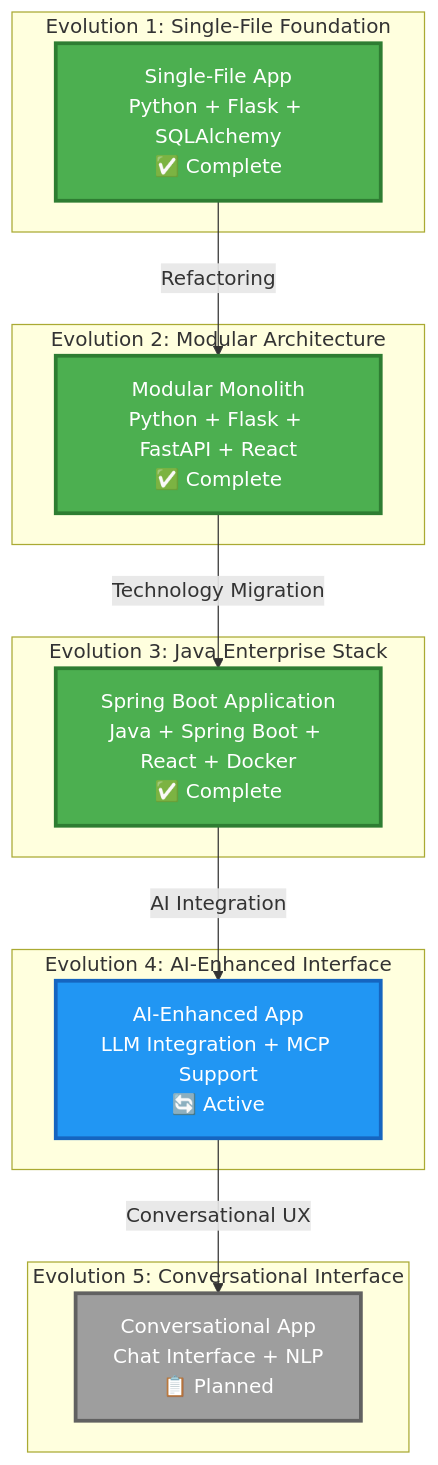
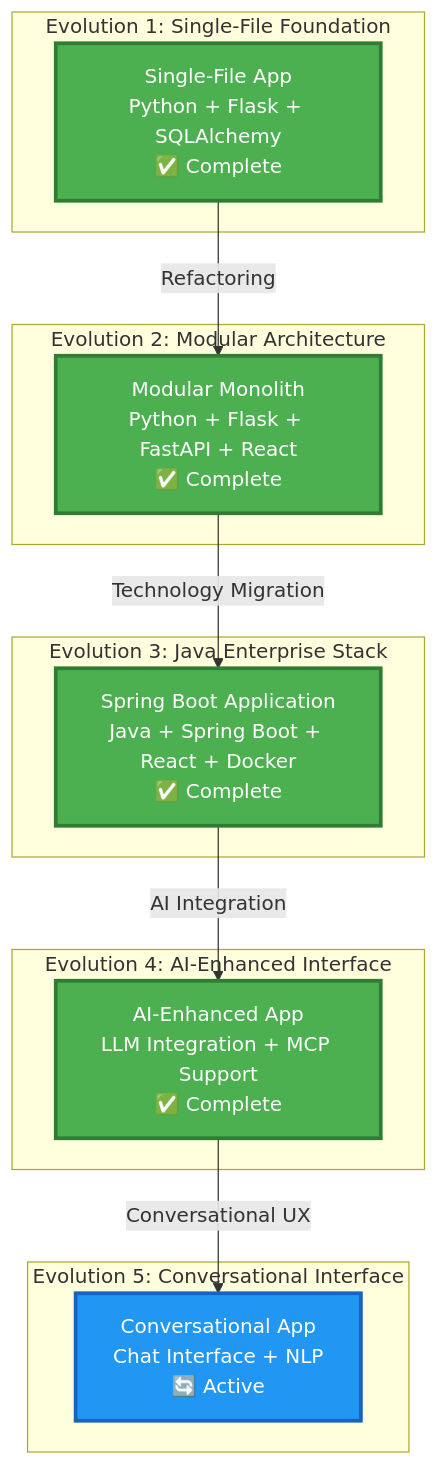
One commit to javiator/javiator.github.io changed the first of 2 diagrams in _pages/projects/tenant-management/index.md. Above: the diagram before and after it, drawn with Mermaid. The commit also changed other lines of this file and 11 other files, not shown here.

Commit message:
feat: Implement a dual-pane AI conversational interface with a dedicated 'Canvas' for rich data visualization in tenant management.

````diff
--- a/_pages/projects/tenant-management/index.md
+++ b/_pages/projects/tenant-management/index.md
@@ -12,36 +12,36 @@
 ```mermaid
 graph TD
     subgraph "Evolution 1: Single-File Foundation"
         E1[Single-File App<br/>Python + Flask + SQLAlchemy<br/>✅ Complete]
     end
     
     subgraph "Evolution 2: Modular Architecture"
         E2[Modular Monolith<br/>Python + Flask + FastAPI + React<br/>✅ Complete]
     end
     
     subgraph "Evolution 3: Java Enterprise Stack"
         E3[Spring Boot Application<br/>Java + Spring Boot + React + Docker<br/>✅ Complete]
     end
     
     subgraph "Evolution 4: AI-Enhanced Interface"
-        E4[AI-Enhanced App<br/>LLM Integration + MCP Support<br/>🔄 Active]
+        E4[AI-Enhanced App<br/>LLM Integration + MCP Support<br/>✅ Complete]
     end
     
     subgraph "Evolution 5: Conversational Interface"
-        E5[Conversational App<br/>Chat Interface + NLP<br/>📋 Planned]
+        E5[Conversational App<br/>Chat Interface + NLP<br/>🔄 Active]
     end
     
     E1 -->|Refactoring| E2
     E2 -->|Technology Migration| E3
     E3 -->|AI Integration| E4
     E4 -->|Conversational UX| E5
     
     %% Styling
     classDef completed fill:#4caf50,stroke:#2e7d32,stroke-width:3px,color:#fff
     classDef active fill:#2196f3,stroke:#1565c0,stroke-width:3px,color:#fff
     classDef planned fill:#9e9e9e,stroke:#616161,stroke-width:3px,color:#fff
     
     class E1,E2,E3 completed
-    class E4 active
-    class E5 planned
+    class E1,E2,E3,E4 completed
+    class E5 active
 ```
````
